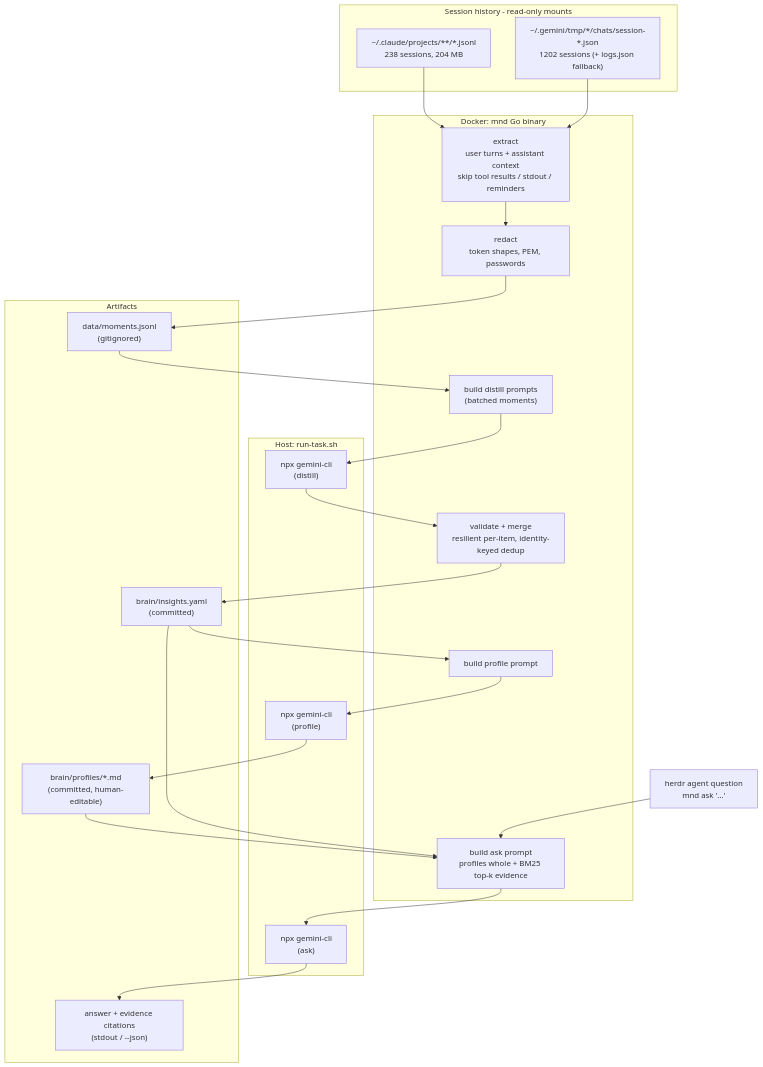
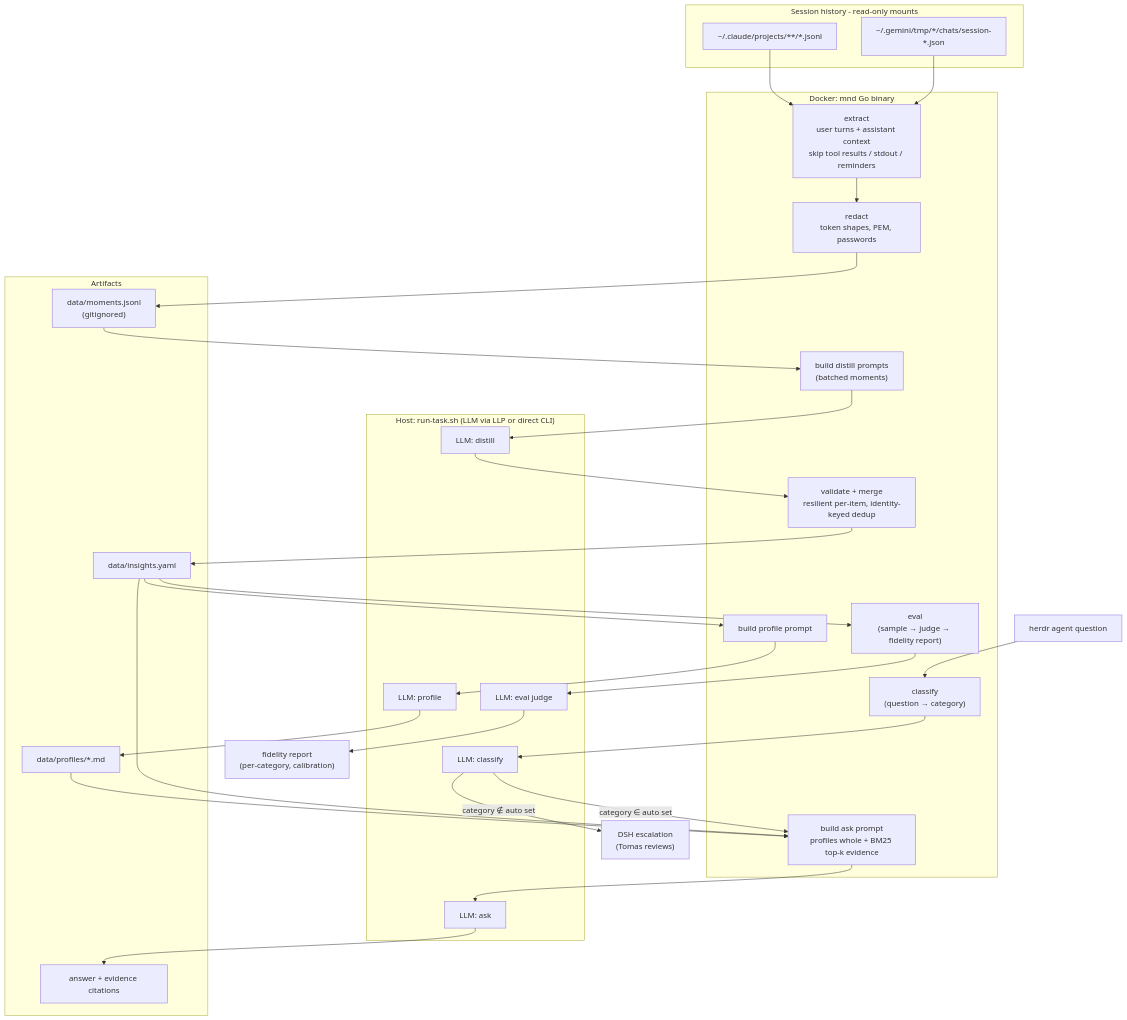
One commit to topolik/tomas-mead-hall changed the first of 2 diagrams in project-management/MND-mind-model/diagrams/architecture.md. Above: the diagram before and after it, drawn with Mermaid. The commit also changed other lines of this file and 8 other files, not shown here.

First line of the commit message:
[MND] iteration 10: competence routing + mandatory fidelity eval + iter 11 ideation

````diff
--- a/project-management/MND-mind-model/diagrams/architecture.md
+++ b/project-management/MND-mind-model/diagrams/architecture.md
@@ -5,38 +5,45 @@
 ```mermaid
 graph TD
     subgraph sources [Session history - read-only mounts]
-        C["~/.claude/projects/**/*.jsonl<br/>238 sessions, 204 MB"]
-        G["~/.gemini/tmp/*/chats/session-*.json<br/>1202 sessions (+ logs.json fallback)"]
+        C["~/.claude/projects/**/*.jsonl"]
+        G["~/.gemini/tmp/*/chats/session-*.json"]
     end
 
     subgraph container [Docker: mnd Go binary]
         E["extract<br/>user turns + assistant context<br/>skip tool results / stdout / reminders"]
         R["redact<br/>token shapes, PEM, passwords"]
         BP["build distill prompts<br/>(batched moments)"]
         V["validate + merge<br/>resilient per-item, identity-keyed dedup"]
         PP["build profile prompt"]
         AP["build ask prompt<br/>profiles whole + BM25 top-k evidence"]
+        CL["classify<br/>(question → category)"]
+        EV["eval<br/>(sample → judge → fidelity report)"]
     end
 
-    subgraph host [Host: run-task.sh]
-        L1["npx gemini-cli<br/>(distill)"]
-        L2["npx gemini-cli<br/>(profile)"]
-        L3["npx gemini-cli<br/>(ask)"]
+    subgraph host ["Host: run-task.sh (LLM via LLP or direct CLI)"]
+        L1["LLM: distill"]
+        L2["LLM: profile"]
+        L3["LLM: ask"]
+        L4["LLM: classify"]
+        L5["LLM: eval judge"]
     end
 
     subgraph artifacts [Artifacts]
         M["data/moments.jsonl<br/>(gitignored)"]
-        I["brain/insights.yaml<br/>(committed)"]
-        P["brain/profiles/*.md<br/>(committed, human-editable)"]
-        A["answer + evidence citations<br/>(stdout / --json)"]
+        I["data/insights.yaml"]
+        P["data/profiles/*.md"]
+        A["answer + evidence citations"]
     end
 
     C --> E
     G --> E
     E --> R --> M
     M --> BP --> L1 --> V --> I
     I --> PP --> L2 --> P
     P --> AP
     I --> AP
-    Q["herdr agent question<br/>mnd ask '...'"] --> AP --> L3 --> A
+    Q["herdr agent question"] --> CL --> L4
+    L4 -->|"category ∈ auto set"| AP --> L3 --> A
+    L4 -->|"category ∉ auto set"| DSH["DSH escalation<br/>(Tomas reviews)"]
+    I --> EV --> L5 --> REP["fidelity report<br/>(per-category, calibration)"]
 ```
````
